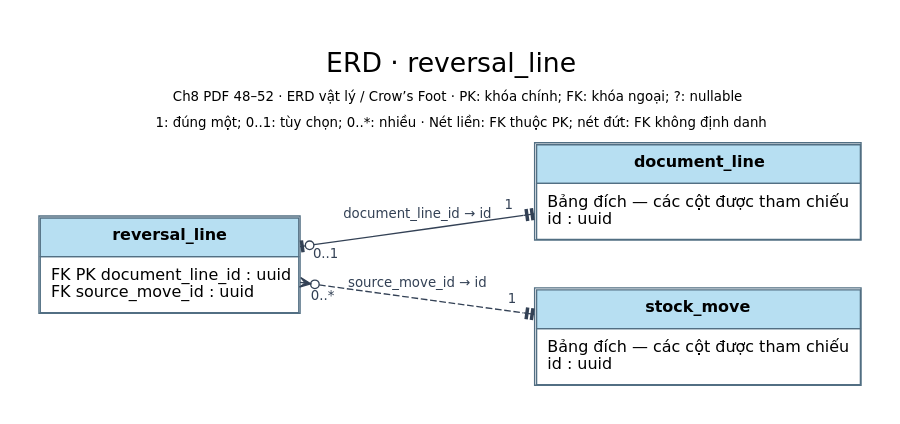
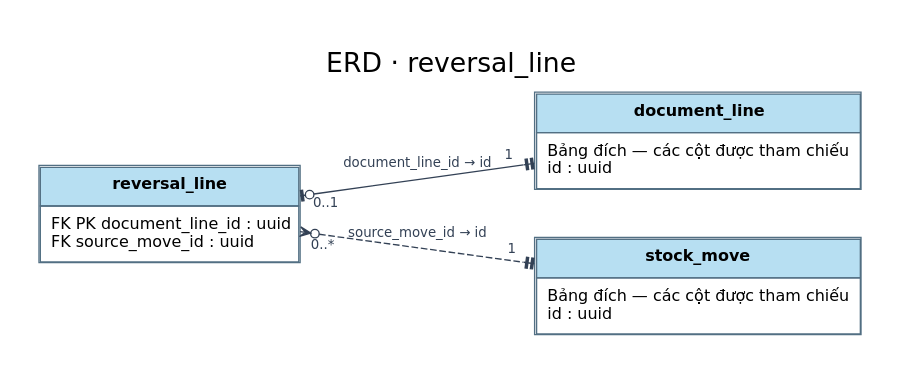
One commit to TEAM-DEV-FIVE/WMS_BA_2_0 changed the diagram in 03_So_do/Hien_hanh/dot/ERD_reversal_line.dot. Above: the diagram before and after it, drawn with Graphviz. The commit also changed 268 other files, not shown here.

Commit message:
docs: remove technical captions from current diagrams

```diff
--- a/03_So_do/Hien_hanh/dot/ERD_reversal_line.dot
+++ b/03_So_do/Hien_hanh/dot/ERD_reversal_line.dot
@@ -1,11 +1,11 @@
 digraph WMS {
 graph [rankdir=LR, bgcolor="white", nodesep=.5, ranksep=.9, pad=.3];
 node [shape=plain, fontname="DejaVu Sans", fontsize=12];
 edge [fontname="DejaVu Sans", fontsize=10, color="#334155", fontcolor="#334155", arrowsize=.8];
-label=<<TABLE BORDER="0" CELLBORDER="0" CELLPADDING="3"><TR><TD><FONT POINT-SIZE="20">ERD · reversal_line</FONT></TD></TR><TR><TD><FONT POINT-SIZE="10">Ch8 PDF 48–52 · ERD vật lý / Crow’s Foot · PK: khóa chính; FK: khóa ngoại; ?: nullable</FONT></TD></TR><TR><TD><FONT POINT-SIZE="10">1: đúng một; 0..1: tùy chọn; 0..*: nhiều · Nét liền: FK thuộc PK; nét đứt: FK không định danh</FONT></TD></TR></TABLE>>; labelloc=t; fontname="DejaVu Sans"; fontsize=16;
+label=<<TABLE BORDER="0" CELLBORDER="0" CELLPADDING="3"><TR><TD><FONT POINT-SIZE="20">ERD · reversal_line</FONT></TD></TR></TABLE>>; labelloc=t; fontname="DejaVu Sans"; fontsize=16;
 "reversal_line" [label=<<TABLE BORDER="1" CELLBORDER="1" CELLSPACING="0" CELLPADDING="7" COLOR="#526f83"><TR><TD BGCOLOR="#b7dff2"><B>reversal_line</B></TD></TR><TR><TD ALIGN="LEFT" BALIGN="LEFT">FK PK document_line_id : uuid<BR ALIGN="LEFT"/>FK source_move_id : uuid</TD></TR></TABLE>>];
 "document_line" [label=<<TABLE BORDER="1" CELLBORDER="1" CELLSPACING="0" CELLPADDING="7" COLOR="#526f83"><TR><TD BGCOLOR="#b7dff2"><B>document_line</B></TD></TR><TR><TD ALIGN="LEFT" BALIGN="LEFT">Bảng đích — các cột được tham chiếu<BR ALIGN="LEFT"/>id : uuid</TD></TR></TABLE>>];
 "stock_move" [label=<<TABLE BORDER="1" CELLBORDER="1" CELLSPACING="0" CELLPADDING="7" COLOR="#526f83"><TR><TD BGCOLOR="#b7dff2"><B>stock_move</B></TD></TR><TR><TD ALIGN="LEFT" BALIGN="LEFT">Bảng đích — các cột được tham chiếu<BR ALIGN="LEFT"/>id : uuid</TD></TR></TABLE>>];
 "reversal_line" -> "document_line" [label="document_line_id → id", dir="both", arrowtail="teeodot", arrowhead="teetee", taillabel="0..1", headlabel="1", labeldistance="2", style="solid"];
 "reversal_line" -> "stock_move" [label="source_move_id → id", dir="both", arrowtail="crowodot", arrowhead="teetee", taillabel="0..*", headlabel="1", labeldistance="2", style="dashed"];
 }
```
